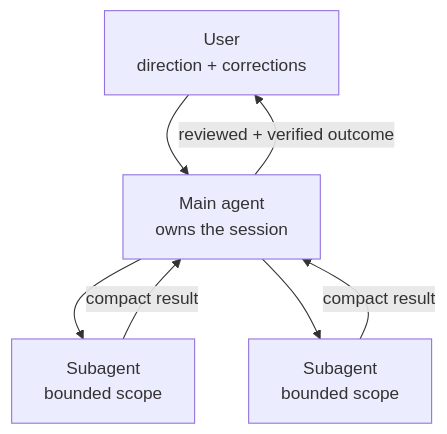
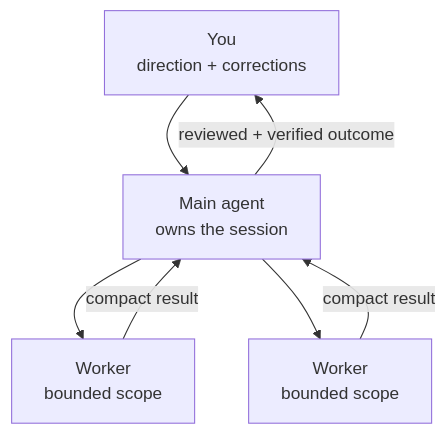
The second of 2 diagrams in README.md (sebastian-breitzke/stellwerk-starter), drawn with Mermaid before and after one commit. The commit also changed other lines of this file and 48 other files, not shown here.

````diff
--- a/README.md
+++ b/README.md
@@ -106,9 +77,9 @@
 ```mermaid
 flowchart TD
-    U[User<br/>direction + corrections] --> M[Main agent<br/>owns the session]
-    M --> S1[Subagent<br/>bounded scope]
-    M --> S2[Subagent<br/>bounded scope]
+    U[You<br/>direction + corrections] --> M[Main agent<br/>owns the session]
+    M --> S1[Worker<br/>bounded scope]
+    M --> S2[Worker<br/>bounded scope]
     S1 -- compact result --> M
     S2 -- compact result --> M
     M -- reviewed + verified outcome --> U
 ```
````
